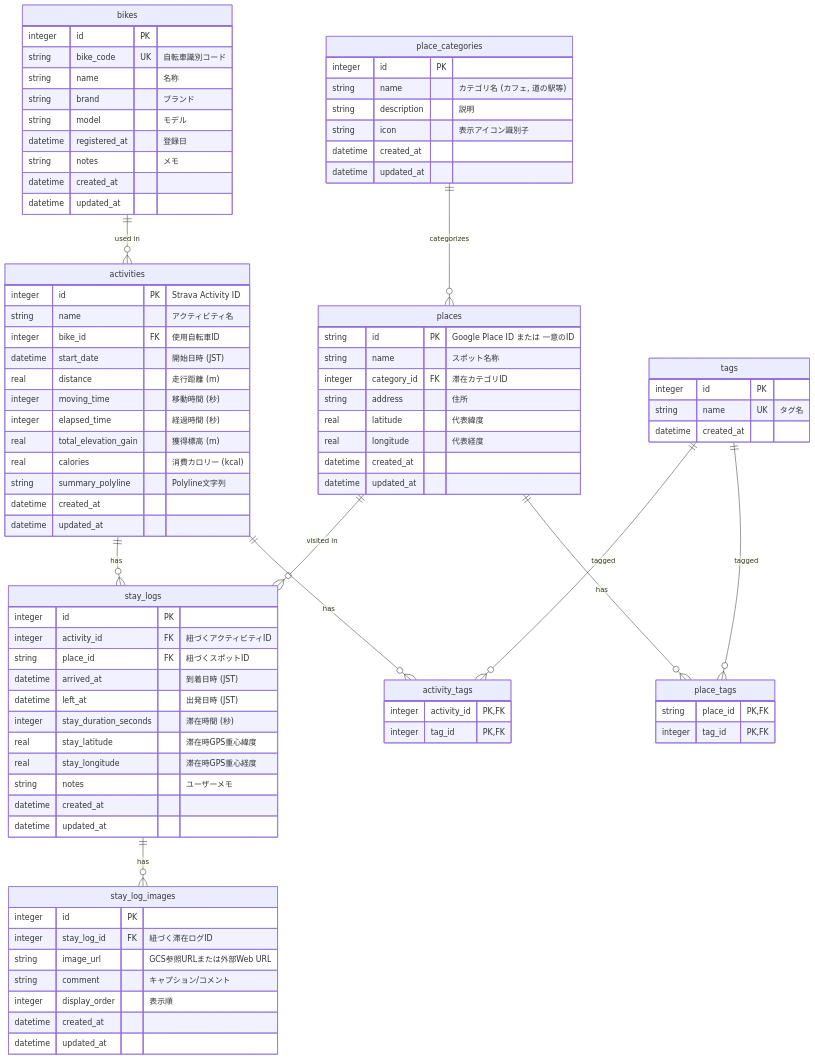
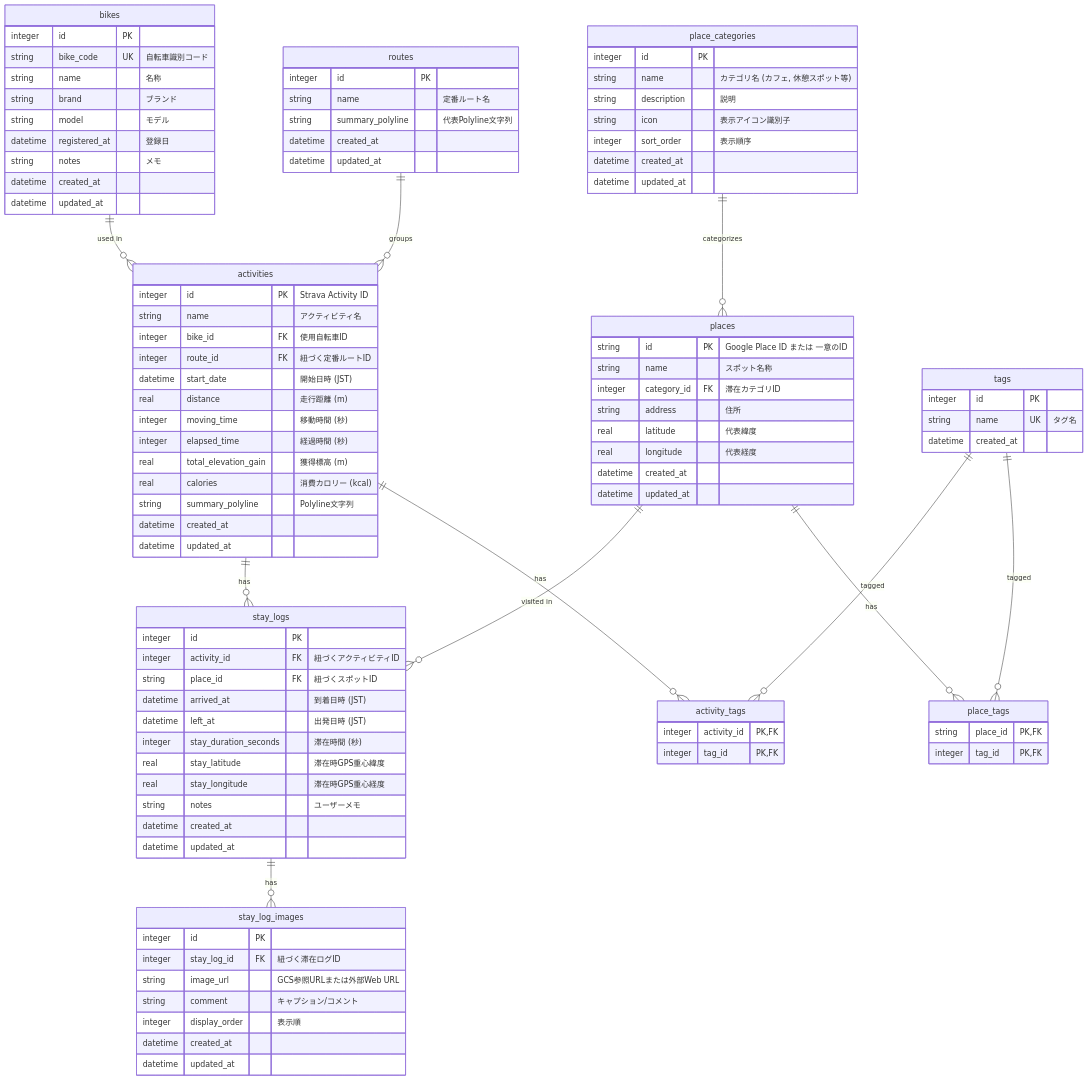
Before and after one commit to LeoPanda/bicycle-log: the diagram in docs/テーブルスキーマ定義書.md, drawn with Mermaid. The commit also changed other lines of this file and 126 other files, not shown here.

````diff
--- a/docs/テーブルスキーマ定義書.md
+++ b/docs/テーブルスキーマ定義書.md
@@ -15,6 +15,7 @@
 ```mermaid
 erDiagram
     bikes ||--o{ activities : "used in"
+    routes ||--o{ activities : "groups"
     place_categories ||--o{ places : "categorizes"
     places ||--o{ stay_logs : "visited in"
     activities ||--o{ stay_logs : "has"
@@ -36,11 +37,20 @@
         datetime updated_at
     }
 
+    routes {
+        integer id PK
+        string name "定番ルート名"
+        string summary_polyline "代表Polyline文字列"
+        datetime created_at
+        datetime updated_at
+    }
+
     place_categories {
         integer id PK
-        string name "カテゴリ名 (カフェ, 道の駅等)"
+        string name "カテゴリ名 (カフェ, 休憩スポット等)"
         string description "説明"
         string icon "表示アイコン識別子"
+        integer sort_order "表示順序"
         datetime created_at
         datetime updated_at
     }
@@ -60,6 +70,7 @@
         integer id PK "Strava Activity ID"
         string name "アクティビティ名"
         integer bike_id FK "使用自転車ID"
+        integer route_id FK "紐づく定番ルートID"
         datetime start_date "開始日時 (JST)"
         real distance "走行距離 (m)"
         integer moving_time "移動時間 (秒)"
````
